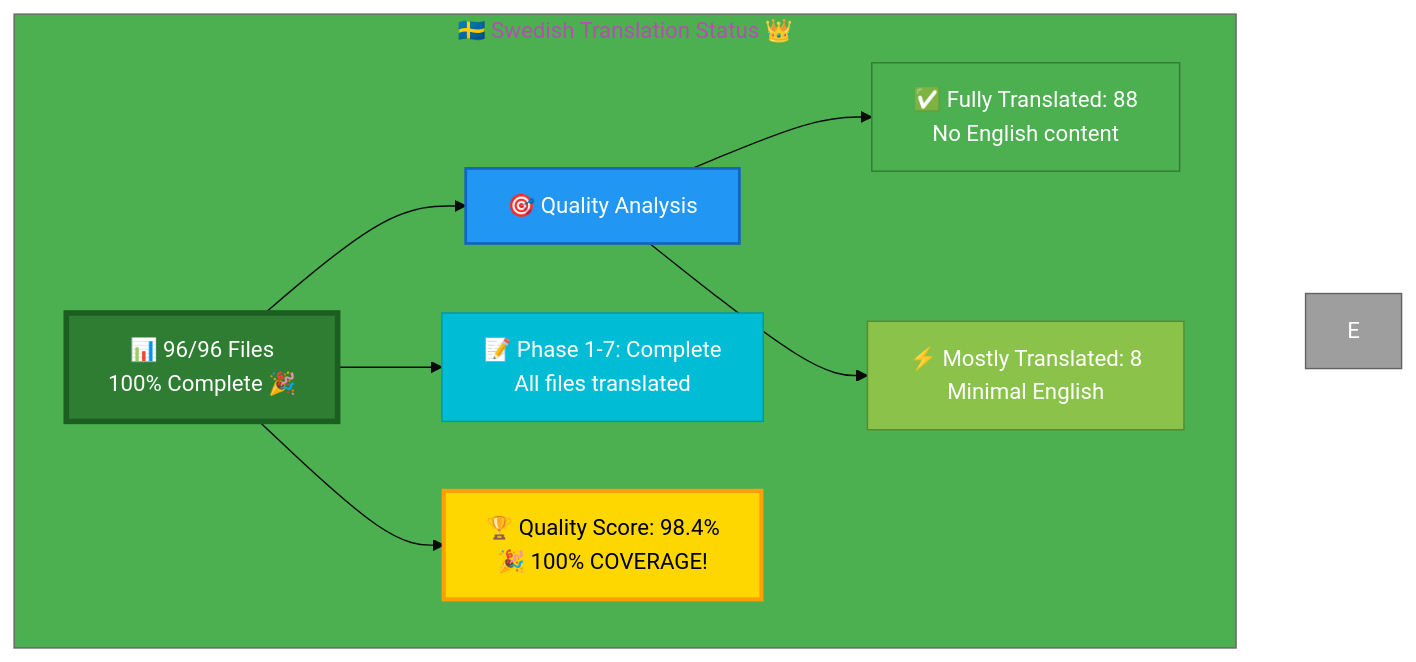
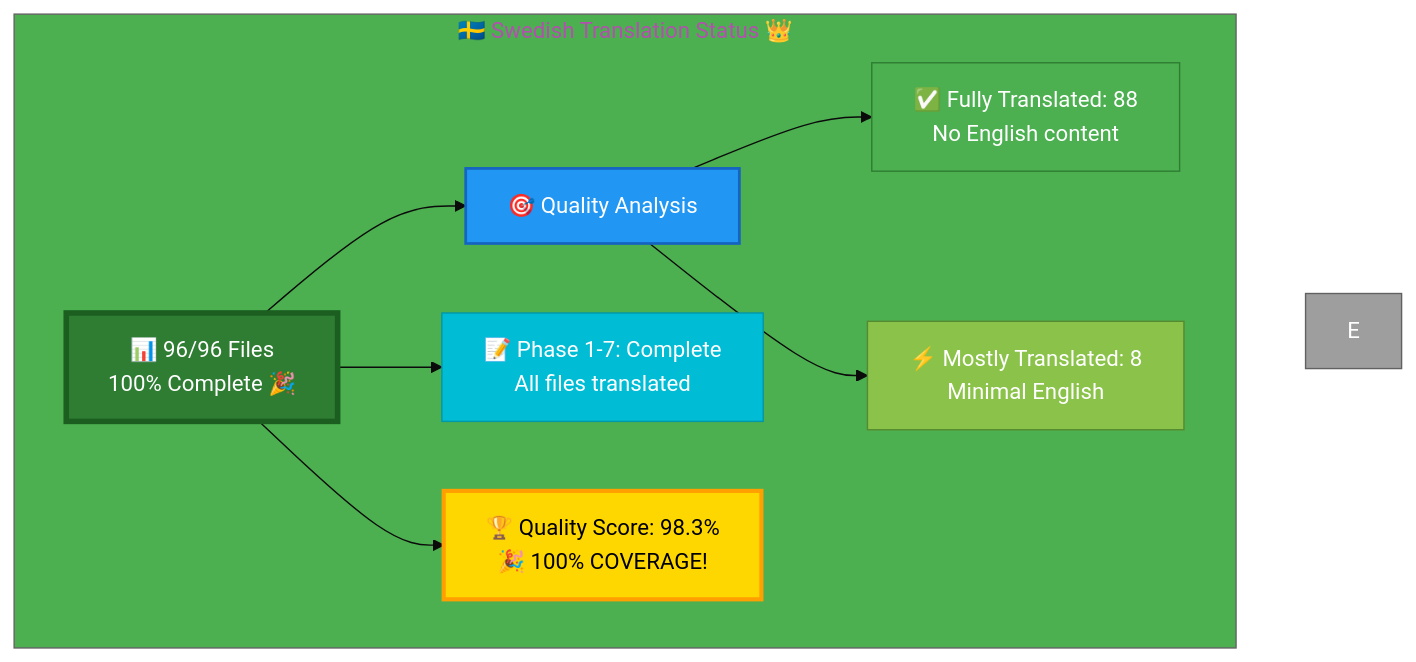
The diagram in Swedish-Translation-Status.md (Hack23/homepage), drawn with Mermaid before and after one commit. The commit also changed other lines of this file and 2 other files, not shown here.

Commit message:
Fix review issues: Add complete hreflang tags to breadcrumb-example_sv.html and correct quality scores

````diff
--- a/Swedish-Translation-Status.md
+++ b/Swedish-Translation-Status.md
@@ -13,23 +13,23 @@
 ```mermaid
 %%{init: {'theme':'base', 'themeVariables': {'primaryColor':'#2E7D32','secondaryColor':'#2196F3','tertiaryColor':'#4CAF50','fontSize':'16px'}}}%%
 graph TB
     subgraph "🇸🇪 Swedish Translation Status 👑"
         A["📊 96/96 Files<br/>100% Complete 🎉"]
         
         A --> B["🎯 Quality Analysis"]
         B --> C["✅ Fully Translated: 88<br/>No English content"]
         B --> D["⚡ Mostly Translated: 8<br/>Minimal English"]
         
         A --> G["📝 Phase 1-7: Complete<br/>All files translated"]
         
-        A --> H["🏆 Quality Score: 98.4%<br/>🎉 100% COVERAGE!"]
+        A --> H["🏆 Quality Score: 98.3%<br/>🎉 100% COVERAGE!"]
         
         style A fill:#2E7D32,stroke:#1B5E20,color:#fff,stroke-width:4px
         style B fill:#2196F3,stroke:#1565C0,color:#fff,stroke-width:2px
         style C fill:#4CAF50,stroke:#2E7D32,color:#fff
         style D fill:#8BC34A,stroke:#558B2F,color:#fff
         style E fill:#9E9E9E,stroke:#616161,color:#fff
         style G fill:#00BCD4,stroke:#0097A7,color:#fff
         style H fill:#FFD700,stroke:#FFA000,color:#000,stroke-width:3px
     end
 ```
````
